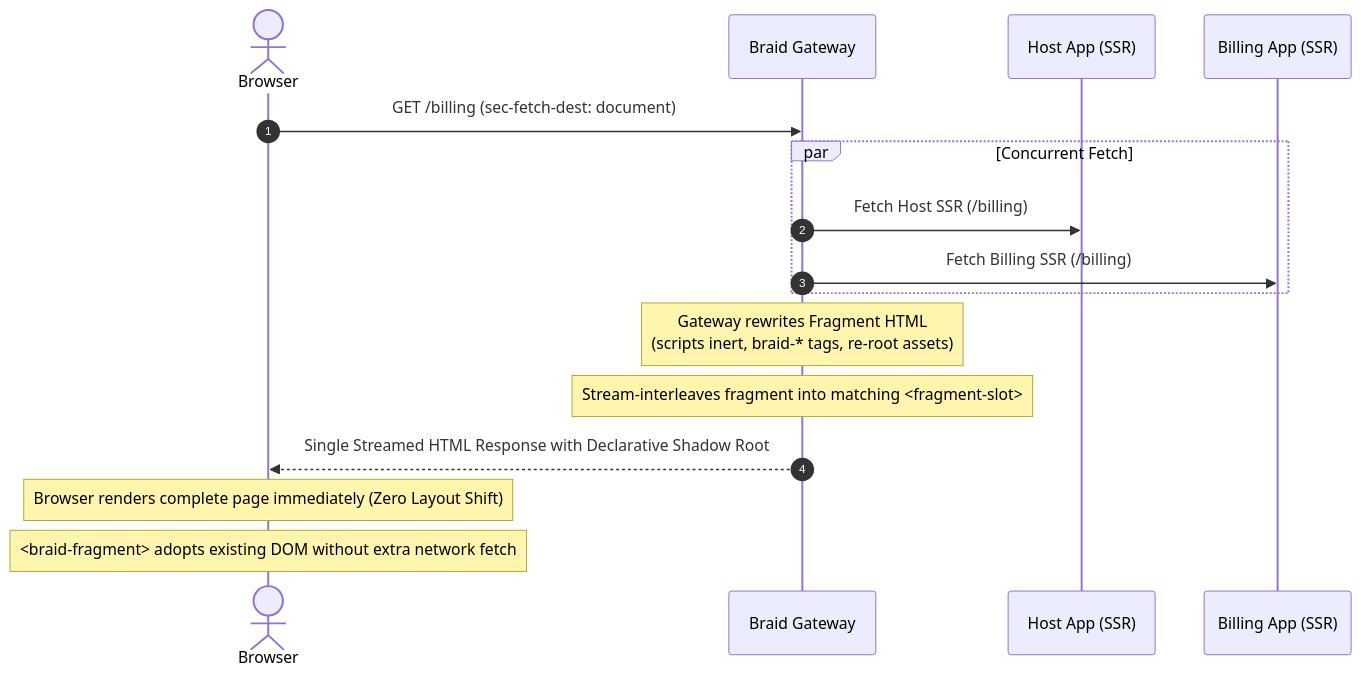
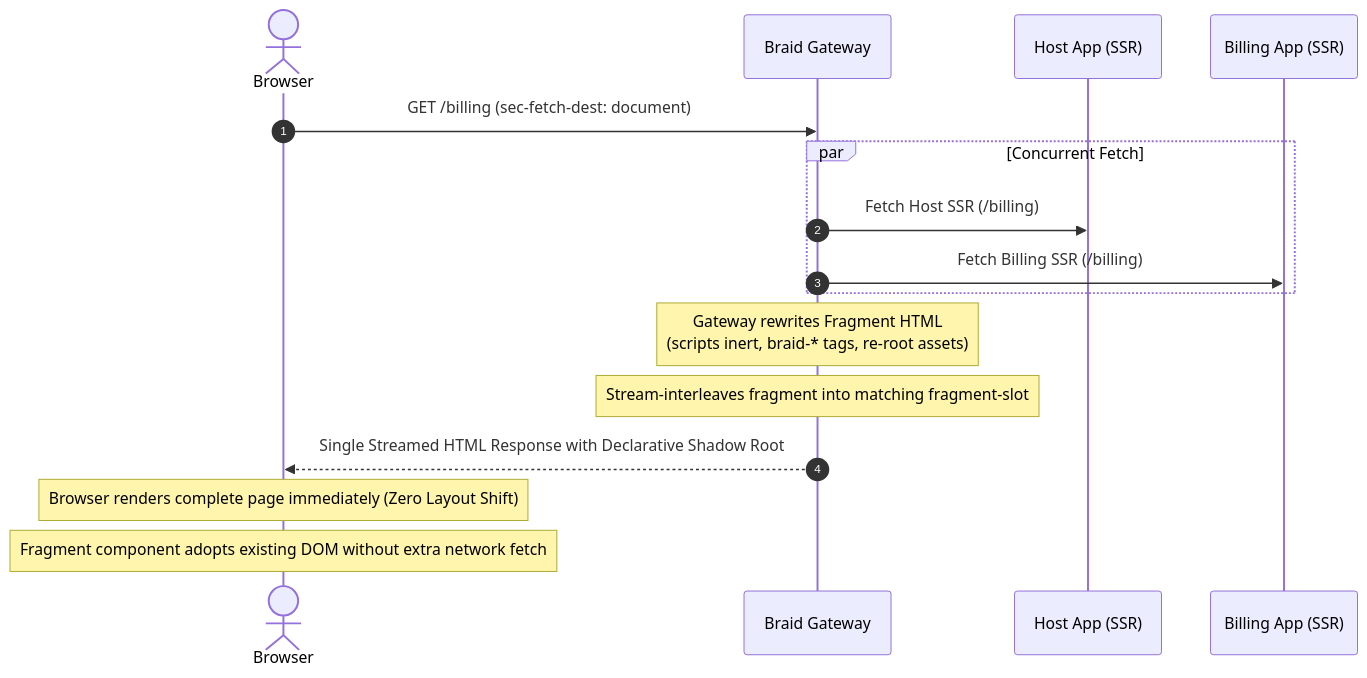
One commit to Jefftopia/skew changed the second of 2 diagrams in docs/tutorials/05-braid.md. Above: the diagram before and after it, drawn with Mermaid. The commit also changed other lines of this file and 3 other files, not shown here.

````diff
--- a/docs/tutorials/05-braid.md
+++ b/docs/tutorials/05-braid.md
@@ -174,19 +174,19 @@
 ```mermaid
 sequenceDiagram
     autonumber
     actor User as Browser
     participant GW as Braid Gateway
     participant Host as Host App (SSR)
     participant Frag as Billing App (SSR)
 
     User->>GW: GET /billing (sec-fetch-dest: document)
     par Concurrent Fetch
         GW->>Host: Fetch Host SSR (/billing)
         GW->>Frag: Fetch Billing SSR (/billing)
     end
     Note over GW: Gateway rewrites Fragment HTML<br/>(scripts inert, braid-* tags, re-root assets)
-    Note over GW: Stream-interleaves fragment into matching <fragment-slot>
+    Note over GW: Stream-interleaves fragment into matching fragment-slot
     GW-->>User: Single Streamed HTML Response with Declarative Shadow Root
     Note over User: Browser renders complete page immediately (Zero Layout Shift)
-    Note over User: <braid-fragment> adopts existing DOM without extra network fetch
+    Note over User: Fragment component adopts existing DOM without extra network fetch
 ```
````
